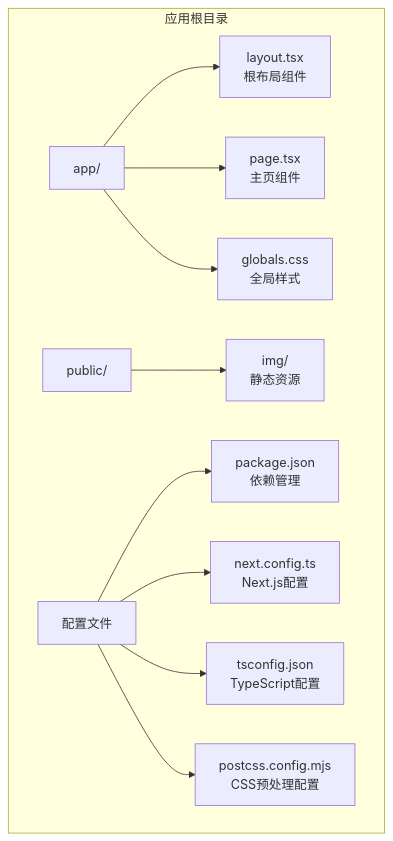
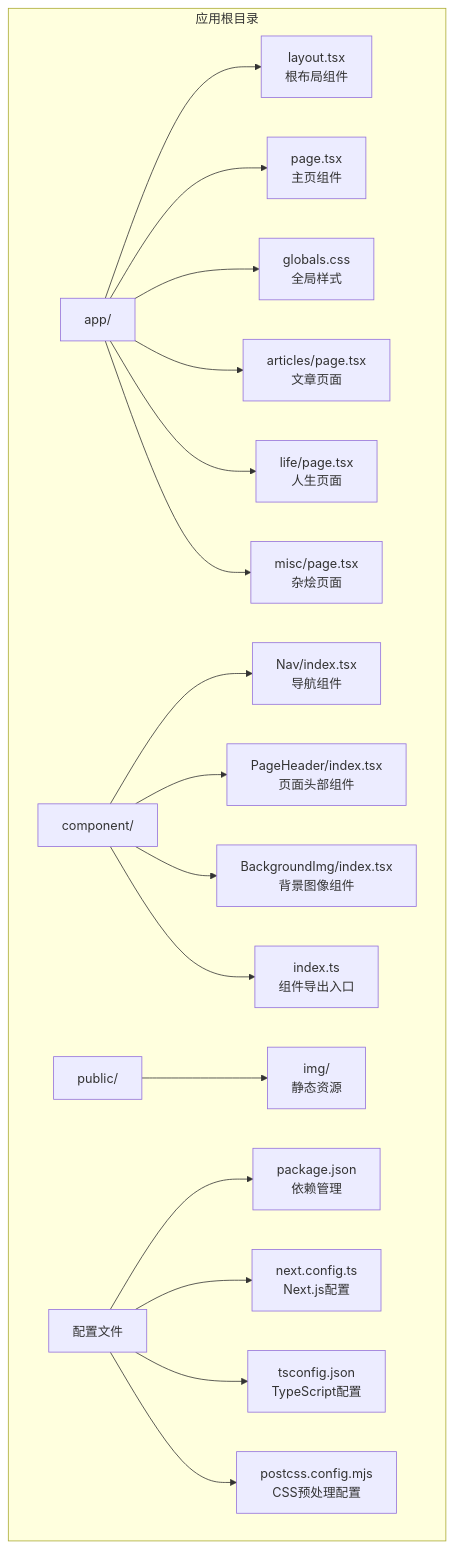
The first of 6 diagrams in .qoder/repowiki/zh/content/项目架构/核心组件详解/核心组件详解.md (caoLei1997/Blog), drawn with Mermaid before and after one commit. The commit also changed other lines of this file and 27 other files, not shown here.

````diff
--- a/.qoder/repowiki/zh/content/项目架构/核心组件详解/核心组件详解.md
+++ b/.qoder/repowiki/zh/content/项目架构/核心组件详解/核心组件详解.md
@@ -34,13 +50,20 @@
 ```mermaid
 graph TB
 subgraph "应用根目录"
 A[app/] --> B[layout.tsx<br/>根布局组件]
 A --> C[page.tsx<br/>主页组件]
 A --> D[globals.css<br/>全局样式]
-E[public/] --> F[img/<br/>静态资源]
-G[配置文件] --> H[package.json<br/>依赖管理]
-G --> I[next.config.ts<br/>Next.js配置]
-G --> J[tsconfig.json<br/>TypeScript配置]
-G --> K[postcss.config.mjs<br/>CSS预处理配置]
+A --> E[articles/page.tsx<br/>文章页面]
+A --> F[life/page.tsx<br/>人生页面]
+A --> G[misc/page.tsx<br/>杂烩页面]
+H[component/] --> I[Nav/index.tsx<br/>导航组件]
+H --> J[PageHeader/index.tsx<br/>页面头部组件]
+H --> K[BackgroundImg/index.tsx<br/>背景图像组件]
+H --> L[index.ts<br/>组件导出入口]
+M[public/] --> N[img/<br/>静态资源]
+O[配置文件] --> P[package.json<br/>依赖管理]
+O --> Q[next.config.ts<br/>Next.js配置]
+O --> R[tsconfig.json<br/>TypeScript配置]
+O --> S[postcss.config.mjs<br/>CSS预处理配置]
 end
 ```
````
